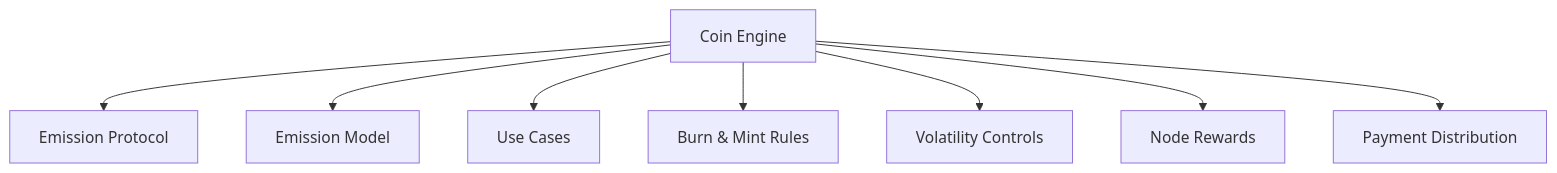
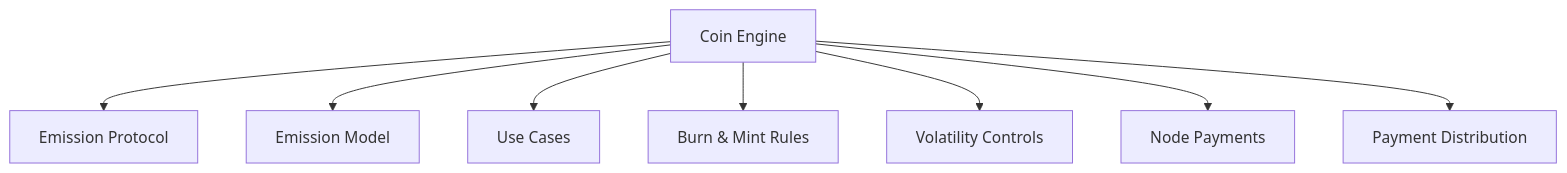
One commit to Aros-Technology-Studio/AST-Aros-Financial-Paradigm changed the second of 15 diagrams in architecture_diagrams.md. Above: the diagram before and after it, drawn with Mermaid. The commit also changed other lines of this file and 29 other files, not shown here.

````diff
--- a/architecture_diagrams.md
+++ b/architecture_diagrams.md
@@ -23,11 +23,11 @@
 ```mermaid
 graph TD
   A[Coin Engine]
   A --> B[Emission Protocol]
   A --> C[Emission Model]
   A --> D[Use Cases]
   A --> E[Burn & Mint Rules]
   A --> F[Volatility Controls]
-  A --> G[Node Rewards]
+  A --> G[Node Payments]
   A --> H[Payment Distribution]
 ```
````
